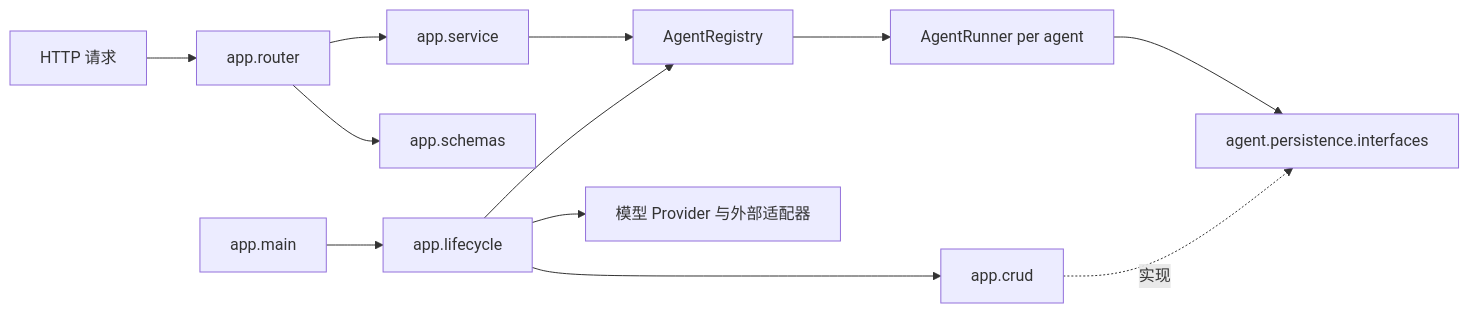
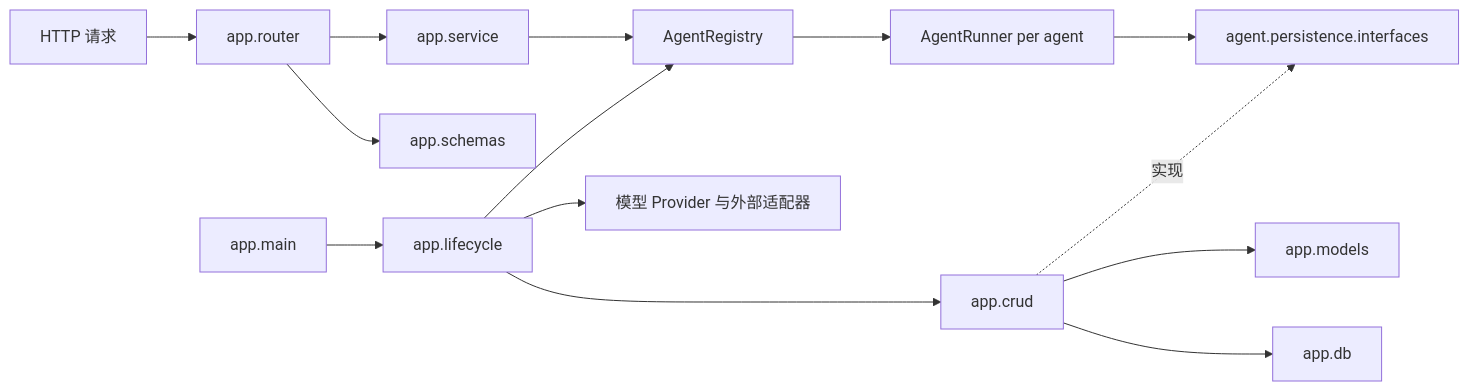
Before and after one commit to zt20001126/NexusAI: the diagram in docs/ARCHITECTURE.md, drawn with Mermaid. The commit also changed other lines of this file and 25 other files, not shown here.

````diff
--- a/docs/ARCHITECTURE.md
+++ b/docs/ARCHITECTURE.md
@@ -7,14 +7,16 @@
 ```mermaid
 flowchart LR
     Client[HTTP 请求] --> Router[app.router]
     Router --> Service[app.service]
     Service --> Registry[AgentRegistry]
     Registry --> Runtime[AgentRunner per agent]
     Runtime --> PersistencePort[agent.persistence.interfaces]
     PersistenceCRUD[app.crud] -. 实现 .-> PersistencePort
     Router --> Schemas[app.schemas]
     Main[app.main] --> Lifecycle[app.lifecycle]
     Lifecycle --> Registry
     Lifecycle --> PersistenceCRUD
+    PersistenceCRUD --> ORMModels[app.models]
+    PersistenceCRUD --> Database[app.db]
     Lifecycle --> Infrastructure[模型 Provider 与外部适配器]
 ```
````
